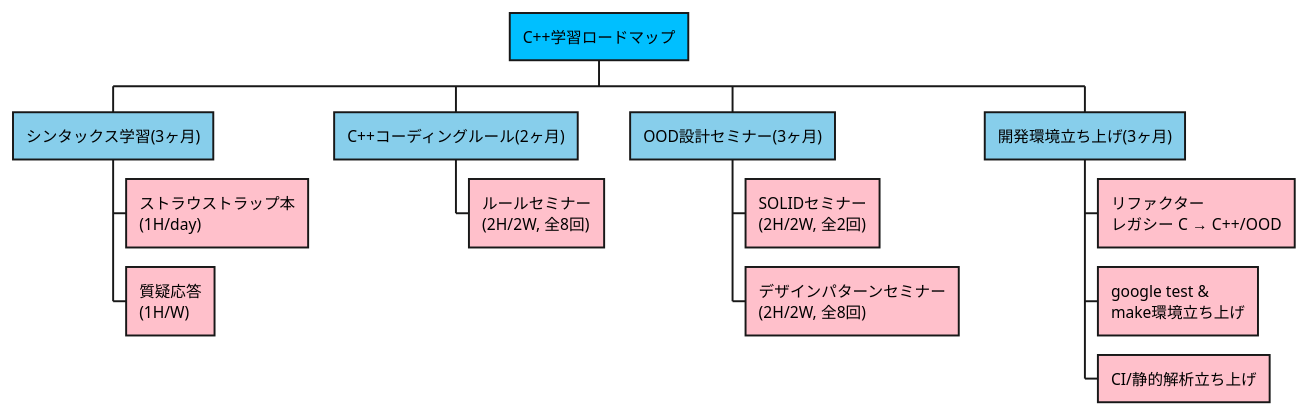
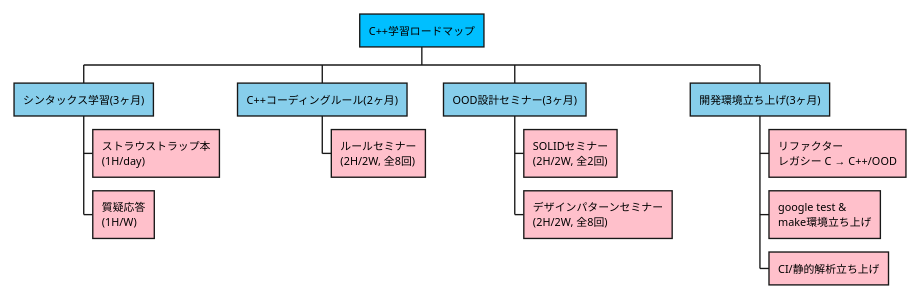
Before and after one commit to ichiroprogrammer/from_c_to_cpp: the diagram in plant_uml/cpp_learning_wbs.pu, drawn with PlantUML. The commit also changed 9 other files, not shown here.

```diff
--- a/plant_uml/cpp_learning_wbs.pu
+++ b/plant_uml/cpp_learning_wbs.pu
@@ -1,16 +1,18 @@
 @startwbs
+
+scale max 700 width
 
 +[#DeepSkyBlue] C++学習ロードマップ
 ++[#SkyBlue] シンタックス学習(3ヶ月)
 +++[#Pink] ストラウストラップ本\n(1H/day)
 +++[#Pink] 質疑応答\n(1H/W)
 ++[#SkyBlue]  C++コーディングルール(2ヶ月)
 +++[#Pink] ルールセミナー\n(2H/2W, 全8回)
 ++[#SkyBlue] OOD設計セミナー(3ヶ月)
 +++[#Pink] SOLIDセミナー\n(2H/2W, 全2回)
 +++[#Pink] デザインパターンセミナー\n(2H/2W, 全8回)
 ++[#SkyBlue] 開発環境立ち上げ(3ヶ月)
 +++[#Pink] リファクター\nレガシー C →  C++/OOD
 +++[#Pink] google test &\nmake環境立ち上げ
 +++[#Pink] CI/静的解析立ち上げ
 @endwbs
```
